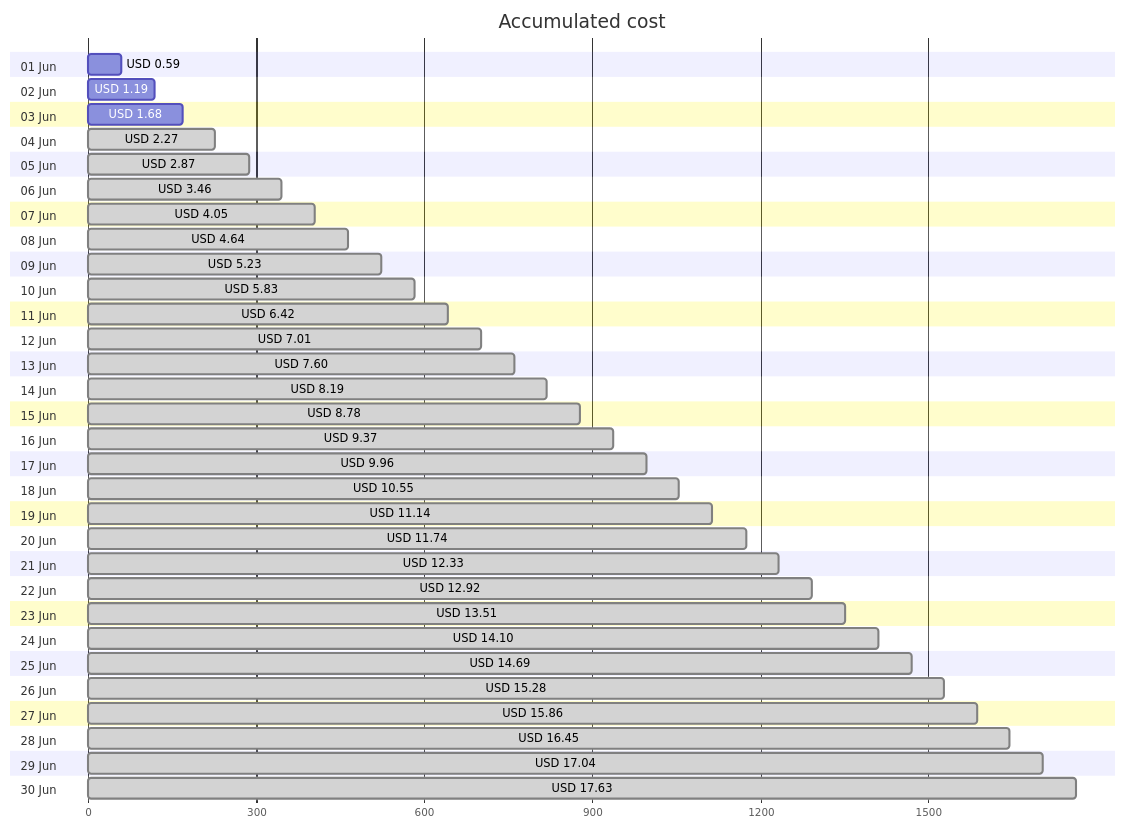
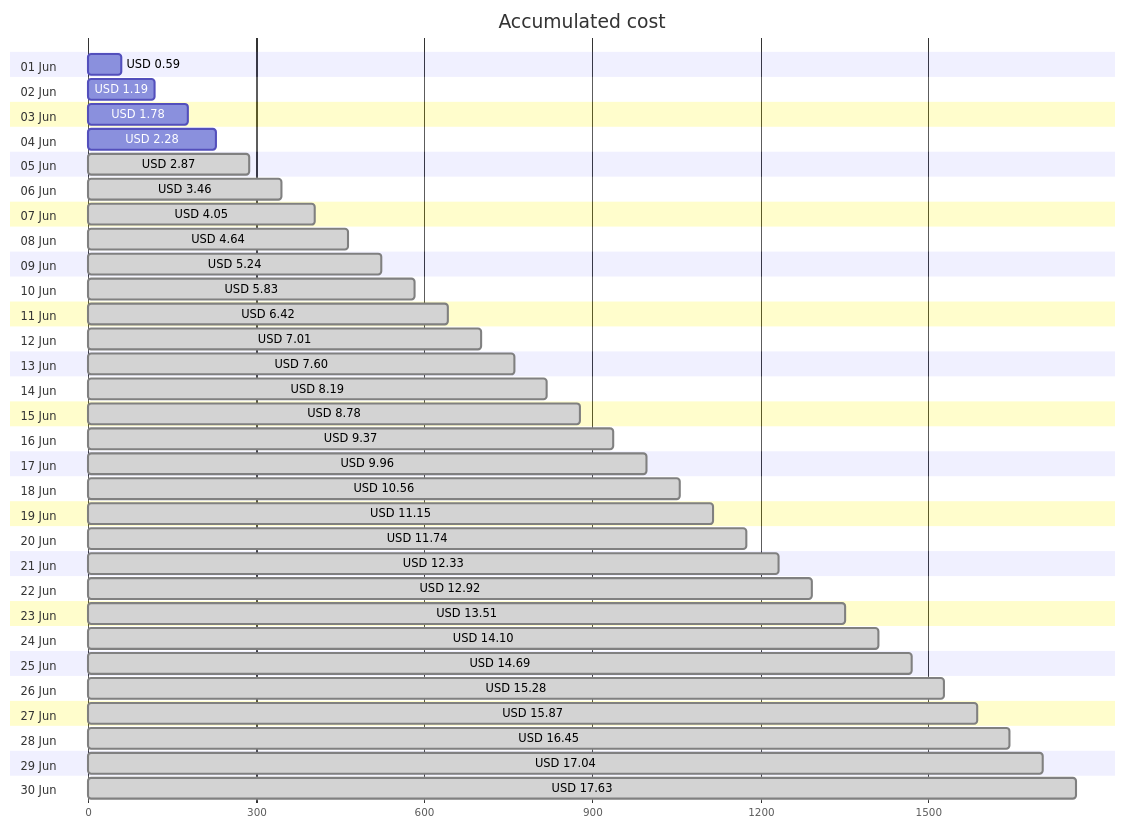
One commit to jpfulton/azure-personal-reports changed the first of 4 diagrams in cost-reports/personal-site/README.md. Above: the diagram before and after it, drawn with Mermaid. The commit also changed other lines of this file and 6 other files, not shown here.

````diff
--- a/cost-reports/personal-site/README.md
+++ b/cost-reports/personal-site/README.md
@@ -20,66 +20,66 @@
 ```mermaid
 gantt
    title Accumulated cost
    dateFormat  X
    axisFormat %s
    section 01 Jun
    USD 0.59 :0, 59
    section 02 Jun
    USD 1.19 :0, 119
    section 03 Jun
-   USD 1.68 :0, 168
+   USD 1.78 :0, 178
    section 04 Jun
-   USD 2.27 : done, 0, 227
+   USD 2.28 :0, 228
    section 05 Jun
    USD 2.87 : done, 0, 287
    section 06 Jun
    USD 3.46 : done, 0, 346
    section 07 Jun
    USD 4.05 : done, 0, 405
    section 08 Jun
    USD 4.64 : done, 0, 464
    section 09 Jun
-   USD 5.23 : done, 0, 523
+   USD 5.24 : done, 0, 524
    section 10 Jun
    USD 5.83 : done, 0, 583
    section 11 Jun
    USD 6.42 : done, 0, 642
    section 12 Jun
    USD 7.01 : done, 0, 701
    section 13 Jun
    USD 7.60 : done, 0, 760
    section 14 Jun
    USD 8.19 : done, 0, 819
    section 15 Jun
    USD 8.78 : done, 0, 878
    section 16 Jun
    USD 9.37 : done, 0, 937
    section 17 Jun
    USD 9.96 : done, 0, 996
    section 18 Jun
-   USD 10.55 : done, 0, 1055
+   USD 10.56 : done, 0, 1056
    section 19 Jun
-   USD 11.14 : done, 0, 1114
+   USD 11.15 : done, 0, 1115
    section 20 Jun
    USD 11.74 : done, 0, 1174
    section 21 Jun
    USD 12.33 : done, 0, 1233
    section 22 Jun
    USD 12.92 : done, 0, 1292
    section 23 Jun
    USD 13.51 : done, 0, 1351
    section 24 Jun
    USD 14.10 : done, 0, 1410
    section 25 Jun
    USD 14.69 : done, 0, 1469
    section 26 Jun
    USD 15.28 : done, 0, 1528
    section 27 Jun
-   USD 15.86 : done, 0, 1586
+   USD 15.87 : done, 0, 1587
    section 28 Jun
    USD 16.45 : done, 0, 1645
    section 29 Jun
    USD 17.04 : done, 0, 1704
    section 30 Jun
    USD 17.63 : done, 0, 1763
 ```
````
